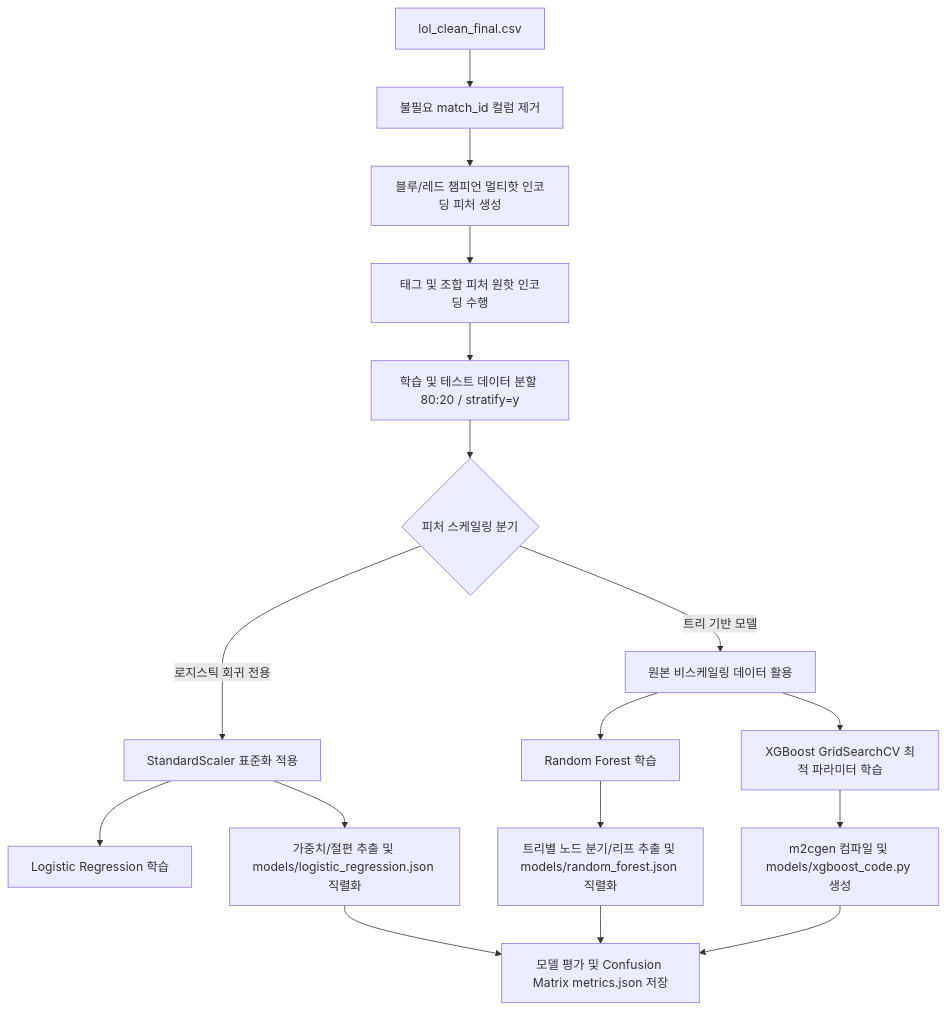
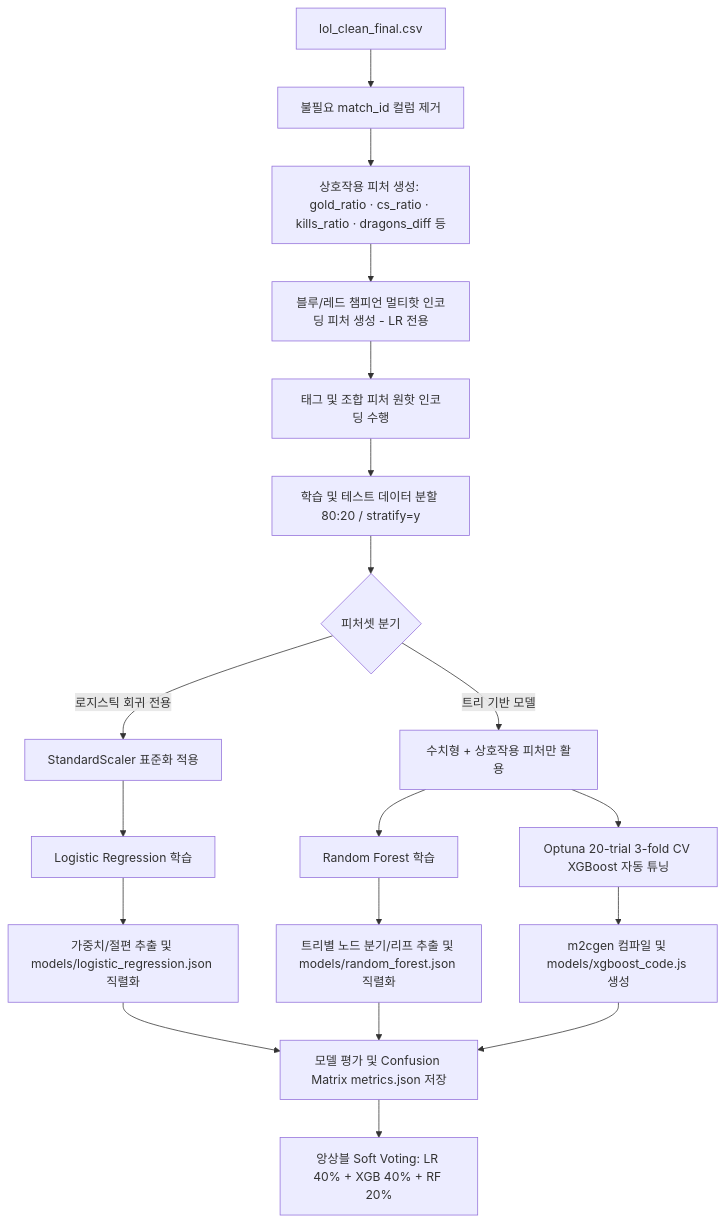
The diagram in README.md (Giheon-Jeon/LoL-WinRate-10m), drawn with Mermaid before and after one commit. The commit also changed other lines of this file and 11 other files, not shown here.

````diff
--- a/README.md
+++ b/README.md
@@ -161,24 +165,27 @@
 ```mermaid
 graph TD
     A[lol_clean_final.csv] --> B[불필요 match_id 컬럼 제거]
-    B --> C[블루/레드 챔피언 멀티핫 인코딩 피처 생성]
-    C --> D[태그 및 조합 피처 원핫 인코딩 수행]
-    D --> E[학습 및 테스트 데이터 분할 80:20 / stratify=y]
+    B --> C[상호작용 피처 생성: gold_ratio · cs_ratio · kills_ratio · dragons_diff 등]
+    C --> D[블루/레드 챔피언 멀티핫 인코딩 피처 생성 - LR 전용]
+    D --> E[태그 및 조합 피처 원핫 인코딩 수행]
+    E --> F[학습 및 테스트 데이터 분할 80:20 / stratify=y]
     
-    E --> F{피처 스케일링 분기}
+    F --> G{피처셋 분기}
     
-    F -- 로지스틱 회귀 전용 --> G[StandardScaler 표준화 적용]
-    G --> H[Logistic Regression 학습]
-    G --> I[가중치/절편 추출 및 models/logistic_regression.json 직렬화]
+    G -- 로지스틱 회귀 전용 --> H[StandardScaler 표준화 적용]
+    H --> I[Logistic Regression 학습]
+    I --> J[가중치/절편 추출 및 models/logistic_regression.json 직렬화]
     
-    F -- 트리 기반 모델 --> J[원본 비스케일링 데이터 활용]
-    J --> K[Random Forest 학습]
-    J --> L[XGBoost GridSearchCV 최적 파라미터 학습]
+    G -- 트리 기반 모델 --> K[수치형 + 상호작용 피처만 활용]
+    K --> L[Random Forest 학습]
+    K --> M[Optuna 20-trial 3-fold CV XGBoost 자동 튜닝]
     
-    K --> M[트리별 노드 분기/리프 추출 및 models/random_forest.json 직렬화]
-    L --> N[m2cgen 컴파일 및 models/xgboost_code.py 생성]
+    L --> N[트리별 노드 분기/리프 추출 및 models/random_forest.json 직렬화]
+    M --> O[m2cgen 컴파일 및 models/xgboost_code.js 생성]
     
-    I --> O[모델 평가 및 Confusion Matrix metrics.json 저장]
-    M --> O
-    N --> O
+    J --> P[모델 평가 및 Confusion Matrix metrics.json 저장]
+    N --> P
+    O --> P
+    
+    P --> Q[앙상블 Soft Voting: LR 40% + XGB 40% + RF 20%]
 ```
````
